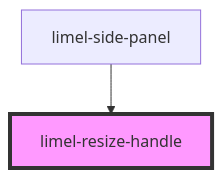
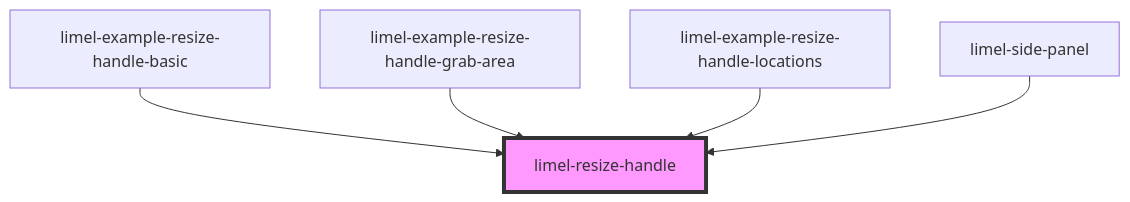
Before and after one commit to Lundalogik/lime-elements: the diagram in versions/PR-4363/markdown-docs/components/resize-handle/readme.md, drawn with Mermaid. The commit also changed other lines of this file and 596 other files, not shown here.

````diff
--- a/versions/PR-4363/markdown-docs/components/resize-handle/readme.md
+++ b/versions/PR-4363/markdown-docs/components/resize-handle/readme.md
@@ -35,5 +49,8 @@
 ```mermaid
 graph TD;
+  limel-example-resize-handle-basic --> limel-resize-handle
+  limel-example-resize-handle-grab-area --> limel-resize-handle
+  limel-example-resize-handle-locations --> limel-resize-handle
   limel-side-panel --> limel-resize-handle
   style limel-resize-handle fill:#f9f,stroke:#333,stroke-width:4px
 ```
````
